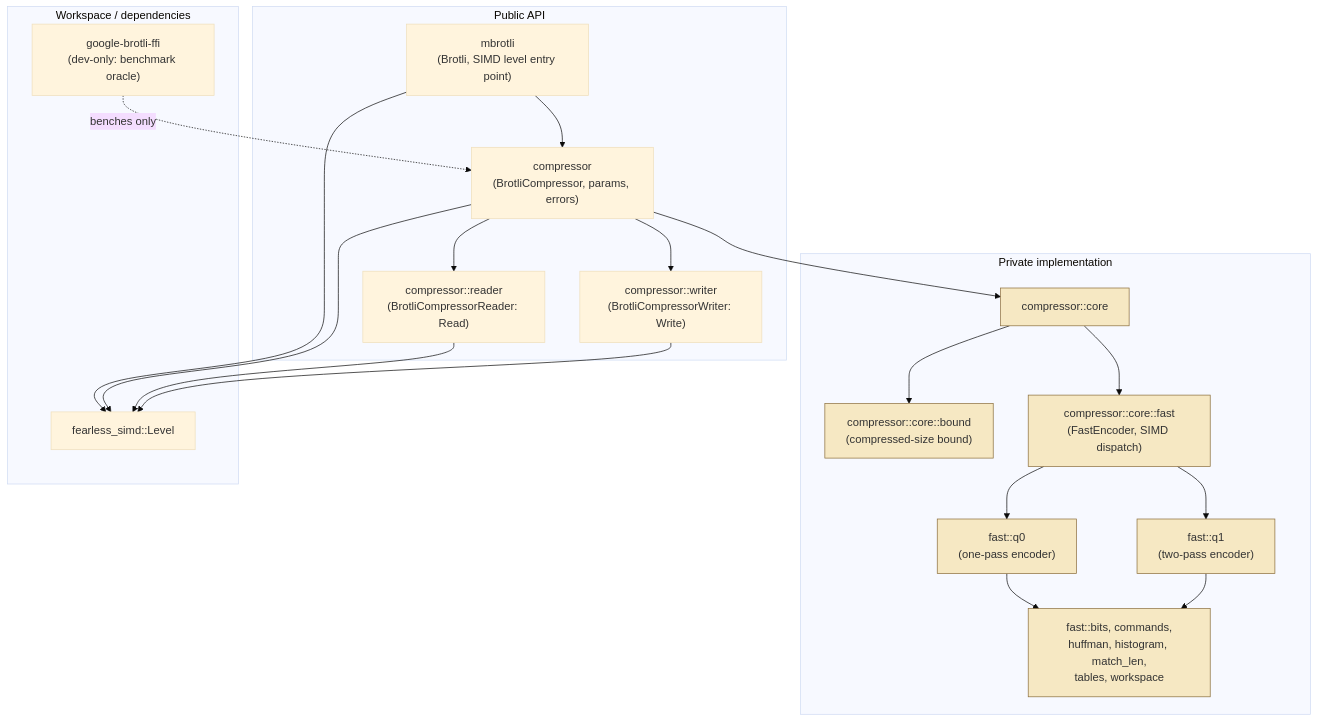
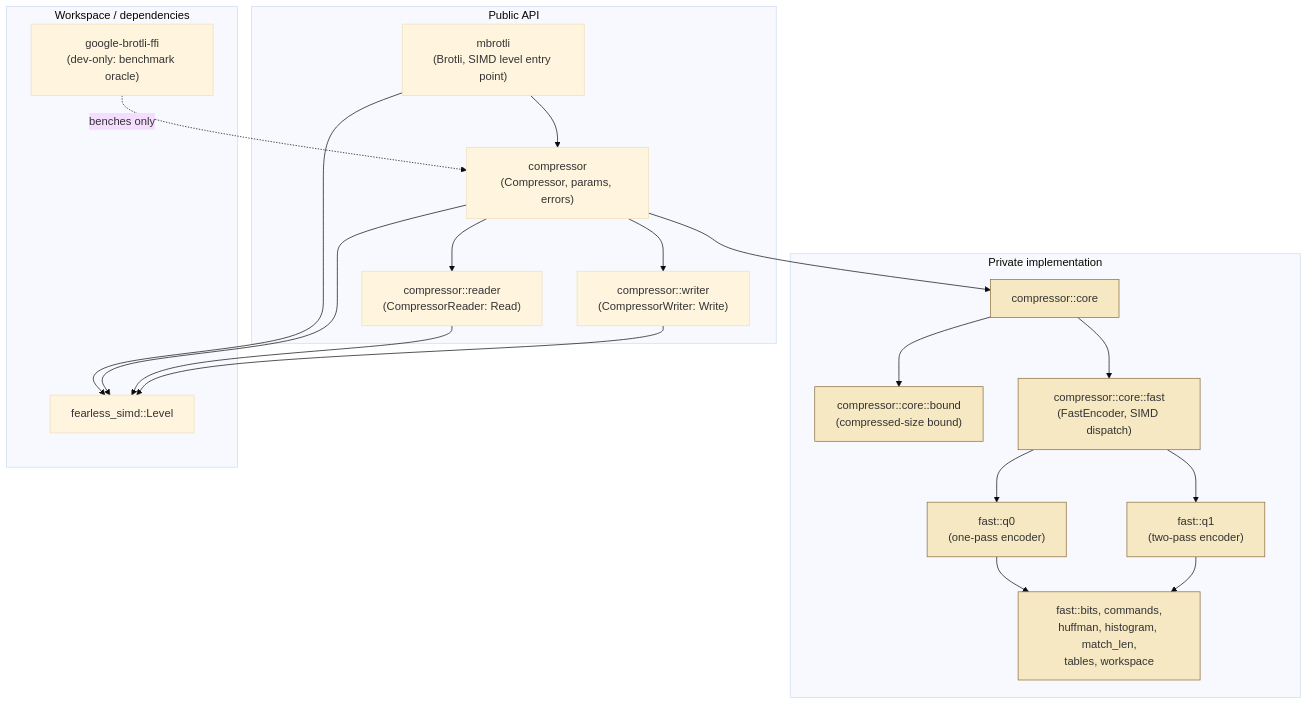
Before and after one commit to Mnwa/mbrotli: the diagram in architecture/README.md, drawn with Mermaid (base theme). The commit also changed 20 other files, not shown here.

````diff
--- a/architecture/README.md
+++ b/architecture/README.md
@@ -22,42 +22,42 @@
 ```mermaid
 graph TD
     subgraph public["Public API"]
         lib["mbrotli<br/>(Brotli, SIMD level entry point)"]
-        comp["compressor<br/>(BrotliCompressor, params, errors)"]
-        reader["compressor::reader<br/>(BrotliCompressorReader: Read)"]
-        writer["compressor::writer<br/>(BrotliCompressorWriter: Write)"]
+        comp["compressor<br/>(Compressor, params, errors)"]
+        reader["compressor::reader<br/>(CompressorReader: Read)"]
+        writer["compressor::writer<br/>(CompressorWriter: Write)"]
     end
 
     subgraph private["Private implementation"]
         core["compressor::core"]
         bound["compressor::core::bound<br/>(compressed-size bound)"]
         fast["compressor::core::fast<br/>(FastEncoder, SIMD dispatch)"]
         q0["fast::q0<br/>(one-pass encoder)"]
         q1["fast::q1<br/>(two-pass encoder)"]
         shared["fast::bits, commands,<br/>huffman, histogram, match_len,<br/>tables, workspace"]
     end
 
     subgraph external["Workspace / dependencies"]
         simd["fearless_simd::Level"]
         ffi["google-brotli-ffi<br/>(dev-only: benchmark oracle)"]
     end
 
     lib --> comp
     comp --> reader
     comp --> writer
     comp --> core
     core --> bound
     core --> fast
     fast --> q0
     fast --> q1
     q0 --> shared
     q1 --> shared
     lib --> simd
     comp --> simd
     reader --> simd
     writer --> simd
     ffi -.->|benches only| comp
 
     classDef privateNode fill:#f6e8c3,stroke:#8a6d3b;
     class core,bound,fast,q0,q1,shared privateNode;
 ```
````
